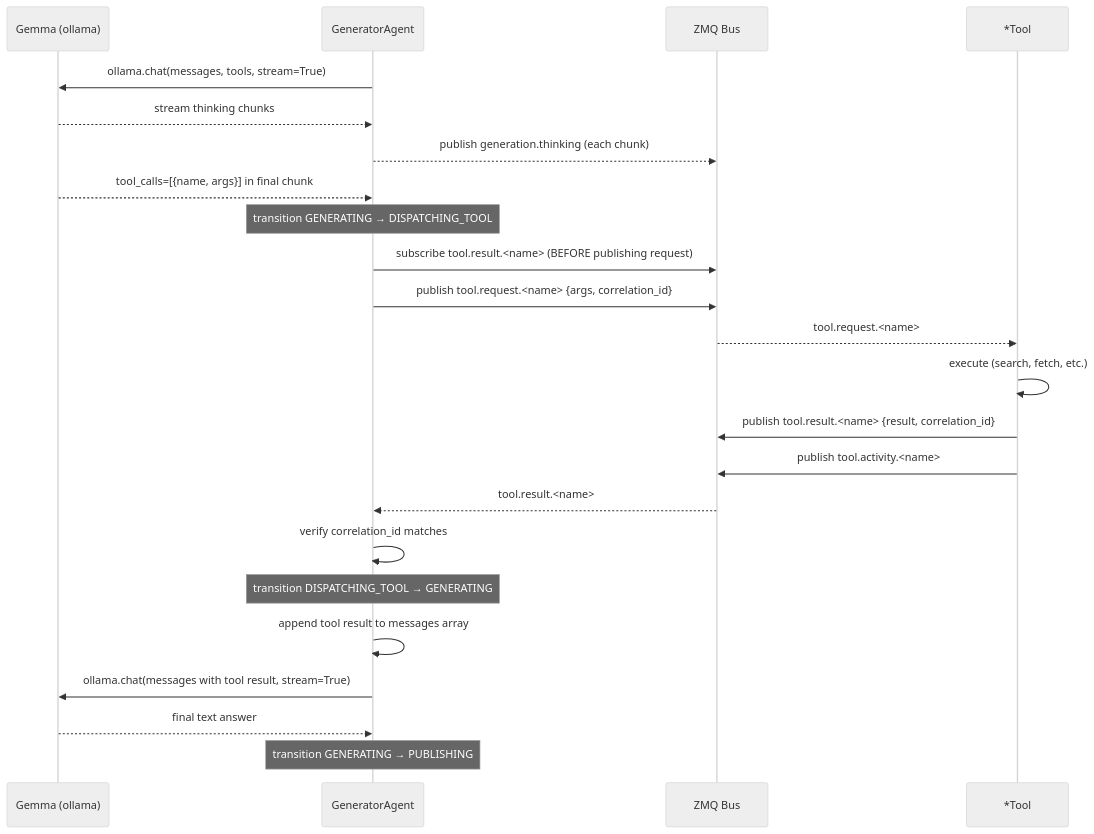
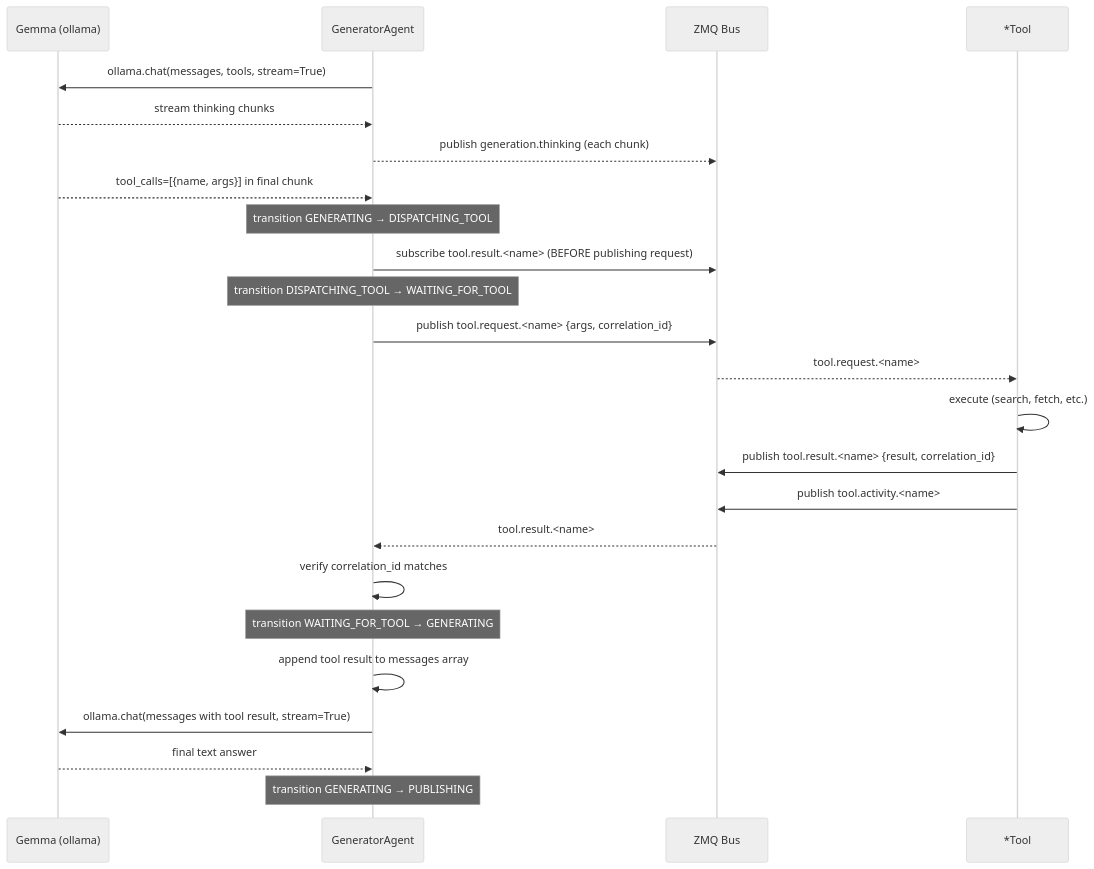
Before and after one commit to rkoike88/LoCAL2: the diagram in docs/diagrams/tool-call-flow.md, drawn with Mermaid (neutral theme). The commit also changed other lines of this file and 25 other files, not shown here.

````diff
--- a/docs/diagrams/tool-call-flow.md
+++ b/docs/diagrams/tool-call-flow.md
@@ -5,30 +5,31 @@
 ```mermaid
 sequenceDiagram
     participant Gemma as Gemma (ollama)
     participant Gen as GeneratorAgent
     participant Bus as ZMQ Bus
     participant Tool as *Tool
 
     Gen->>Gemma: ollama.chat(messages, tools, stream=True)
     Gemma-->>Gen: stream thinking chunks
     Gen-->>Bus: publish generation.thinking (each chunk)
     Gemma-->>Gen: tool_calls=[{name, args}] in final chunk
 
     Note over Gen: transition GENERATING → DISPATCHING_TOOL
     Gen->>Bus: subscribe tool.result.<name>  (BEFORE publishing request)
+    Note over Gen: transition DISPATCHING_TOOL → WAITING_FOR_TOOL
     Gen->>Bus: publish tool.request.<name> {args, correlation_id}
     Bus-->>Tool: tool.request.<name>
 
     Tool->>Tool: execute (search, fetch, etc.)
     Tool->>Bus: publish tool.result.<name> {result, correlation_id}
     Tool->>Bus: publish tool.activity.<name>
     Bus-->>Gen: tool.result.<name>
 
     Gen->>Gen: verify correlation_id matches
-    Note over Gen: transition DISPATCHING_TOOL → GENERATING
+    Note over Gen: transition WAITING_FOR_TOOL → GENERATING
     Gen->>Gen: append tool result to messages array
 
     Gen->>Gemma: ollama.chat(messages with tool result, stream=True)
     Gemma-->>Gen: final text answer
     Note over Gen: transition GENERATING → PUBLISHING
 ```
````
